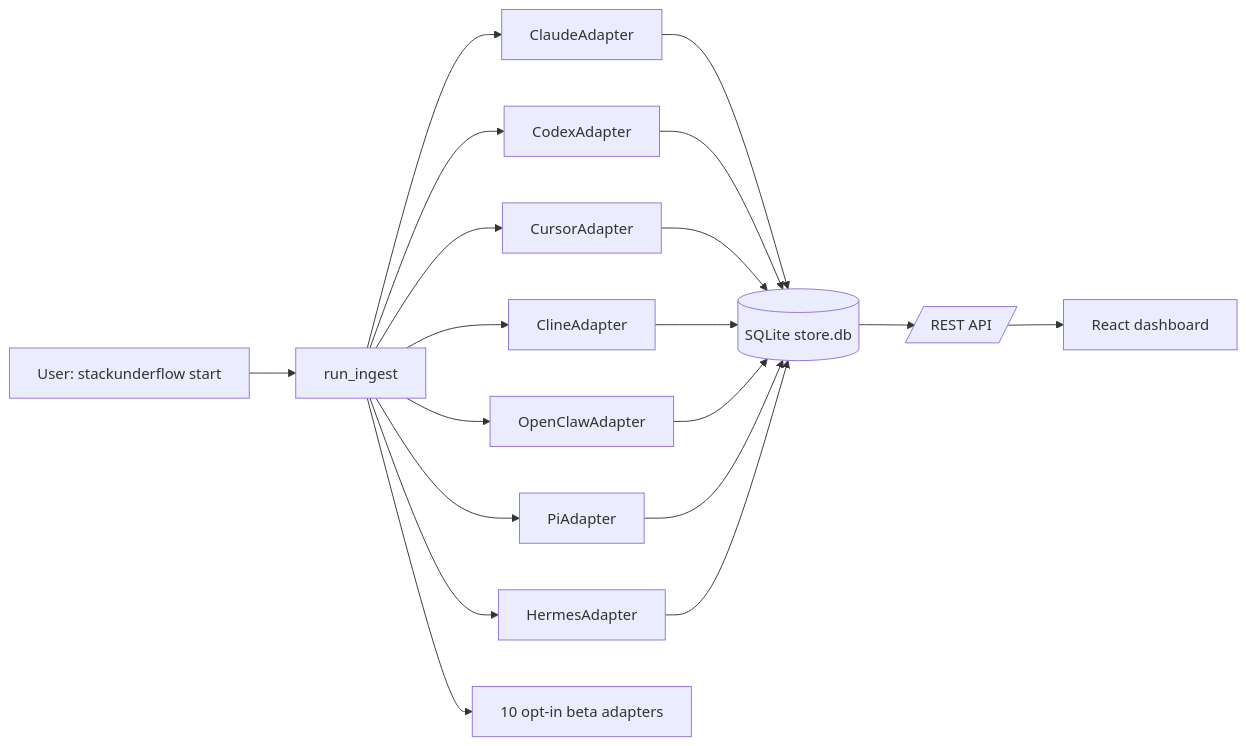
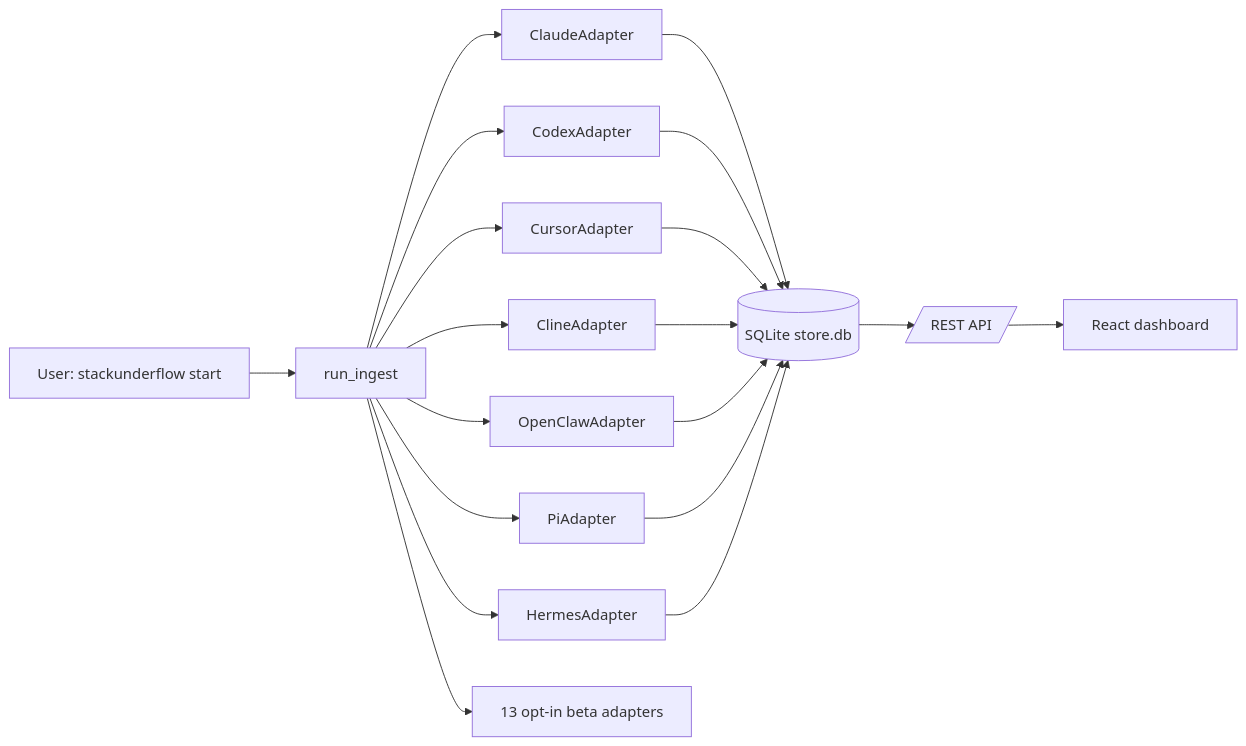
Before and after one commit to 0bserver07/StackUnderflow: the diagram in docs/multi-provider.md, drawn with Mermaid. The commit also changed other lines of this file and 11 other files, not shown here.

````diff
--- a/docs/multi-provider.md
+++ b/docs/multi-provider.md
@@ -117,21 +122,21 @@
 ```mermaid
 flowchart LR
     user[User: stackunderflow start] --> ingest[run_ingest]
     ingest --> claude[ClaudeAdapter]
     ingest --> codex[CodexAdapter]
     ingest --> cursor[CursorAdapter]
     ingest --> cline[ClineAdapter]
     ingest --> openclaw[OpenClawAdapter]
     ingest --> pi[PiAdapter]
     ingest --> hermes[HermesAdapter]
-    ingest --> betas[10 opt-in beta adapters]
+    ingest --> betas[13 opt-in beta adapters]
     claude --> store[(SQLite store.db)]
     codex --> store
     cursor --> store
     cline --> store
     openclaw --> store
     pi --> store
     hermes --> store
     store --> api[/REST API/]
     api --> ui[React dashboard]
 ```
````
